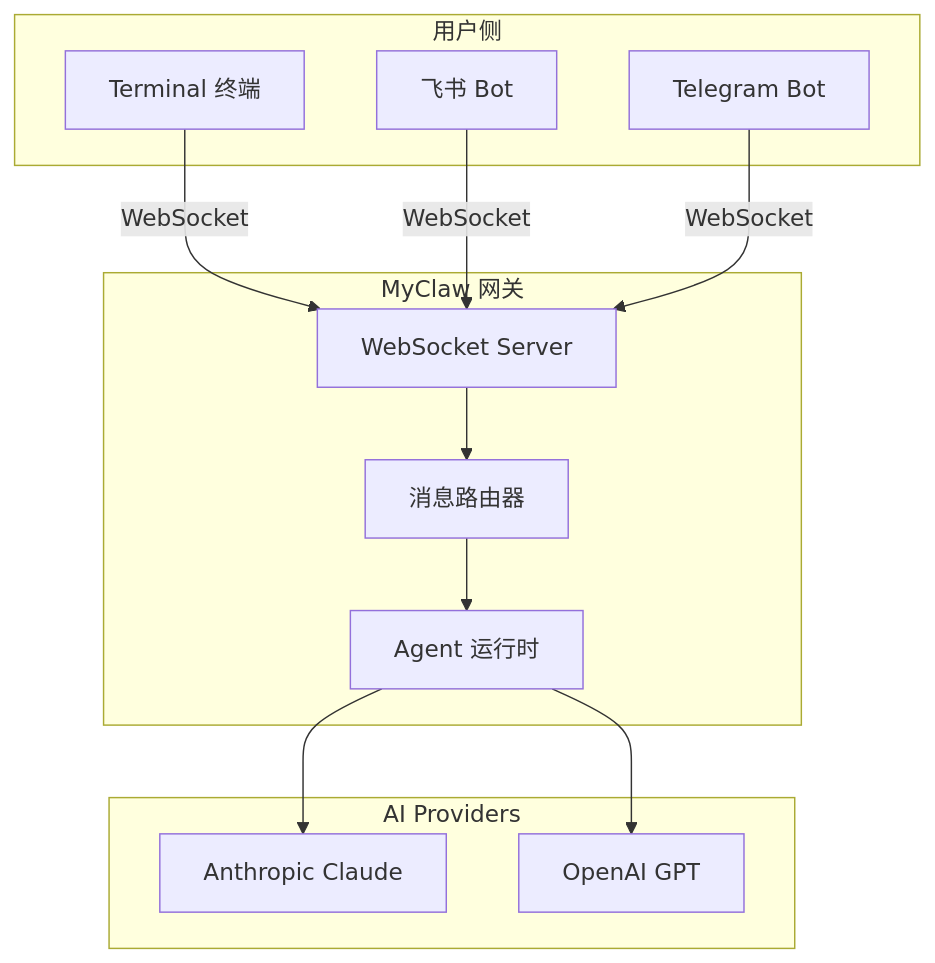
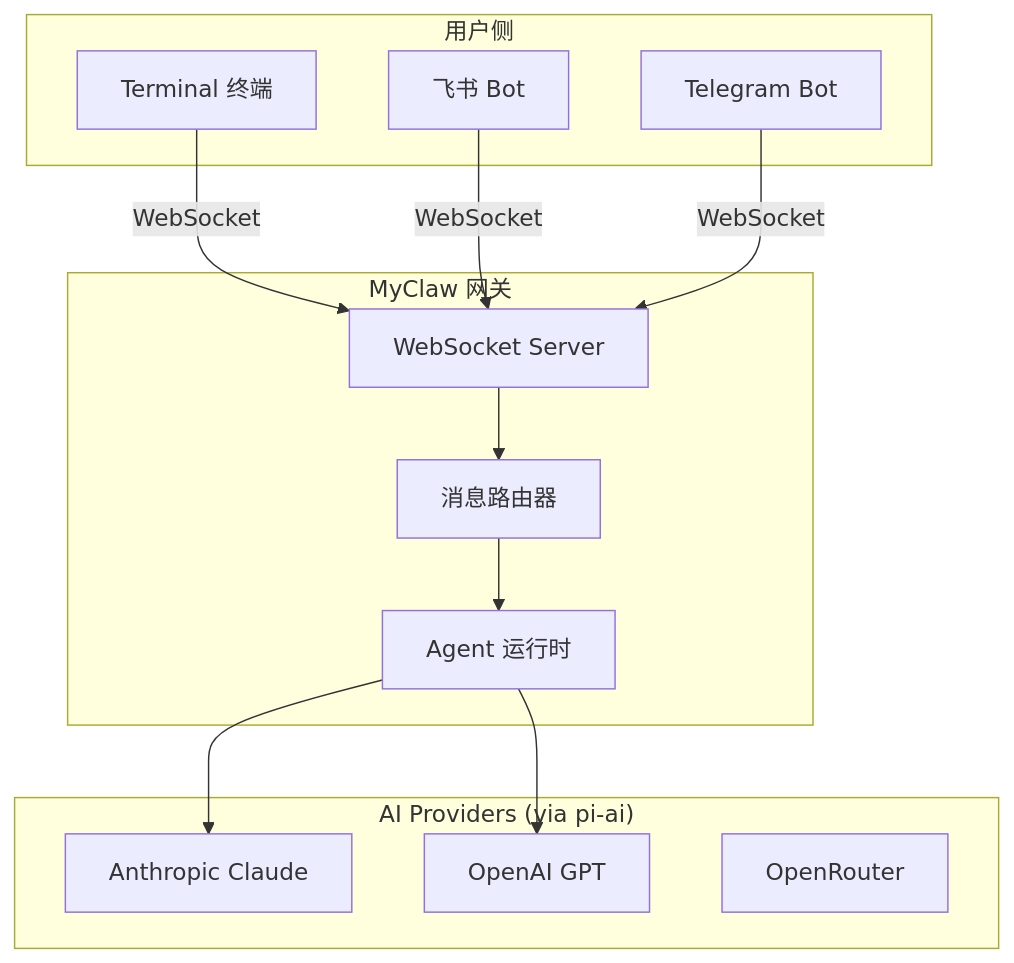
Before and after one commit to oujingzhou/build-your-own-openclaw: the first of 4 diagrams in docs/01-project-setup.md, drawn with Mermaid. The commit also changed other lines of this file and 32 other files, not shown here.

````diff
--- a/docs/01-project-setup.md
+++ b/docs/01-project-setup.md
@@ -16,27 +16,28 @@
 ```mermaid
 graph TB
     subgraph 用户侧
         T[Terminal 终端]
         FS[飞书 Bot]
         TG[Telegram Bot]
     end
 
     subgraph MyClaw 网关
         GW[WebSocket Server]
         RT[消息路由器]
         AG[Agent 运行时]
     end
 
-    subgraph AI Providers
+    subgraph AI Providers["AI Providers (via pi-ai)"]
         Claude[Anthropic Claude]
         GPT[OpenAI GPT]
+        OR[OpenRouter]
     end
 
     T -->|WebSocket| GW
     FS -->|WebSocket| GW
     TG -->|WebSocket| GW
     GW --> RT
     RT --> AG
     AG --> Claude
     AG --> GPT
 ```
````
